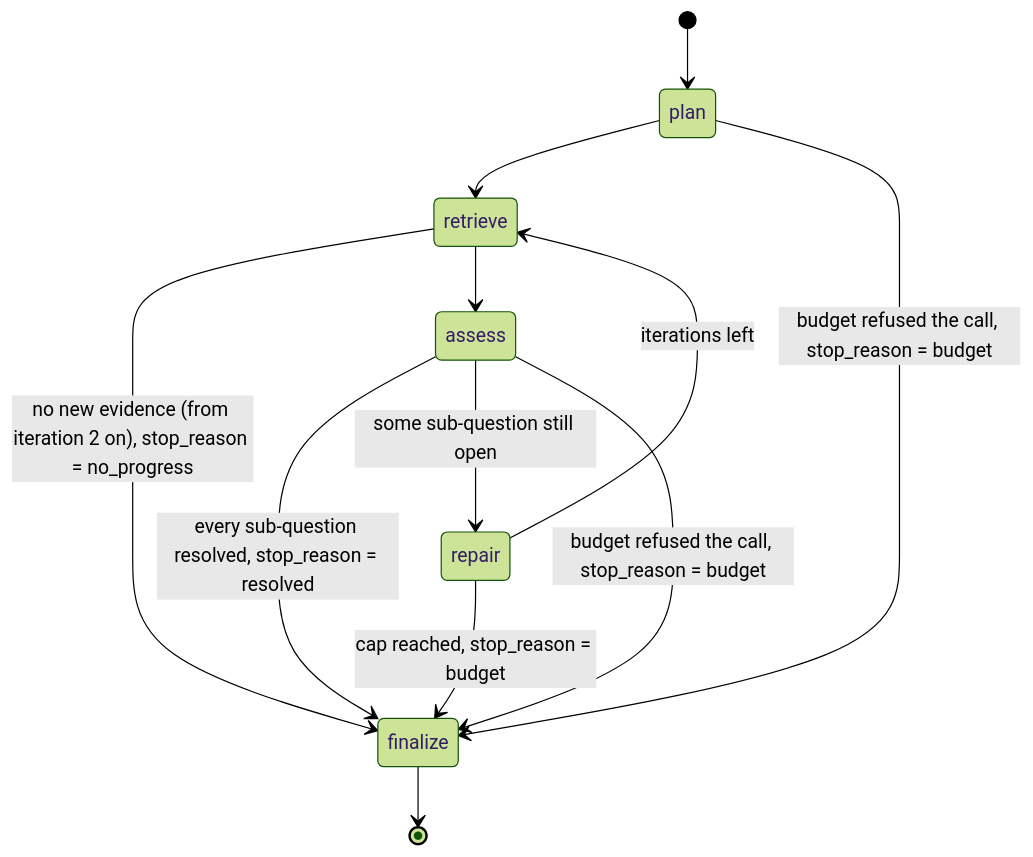
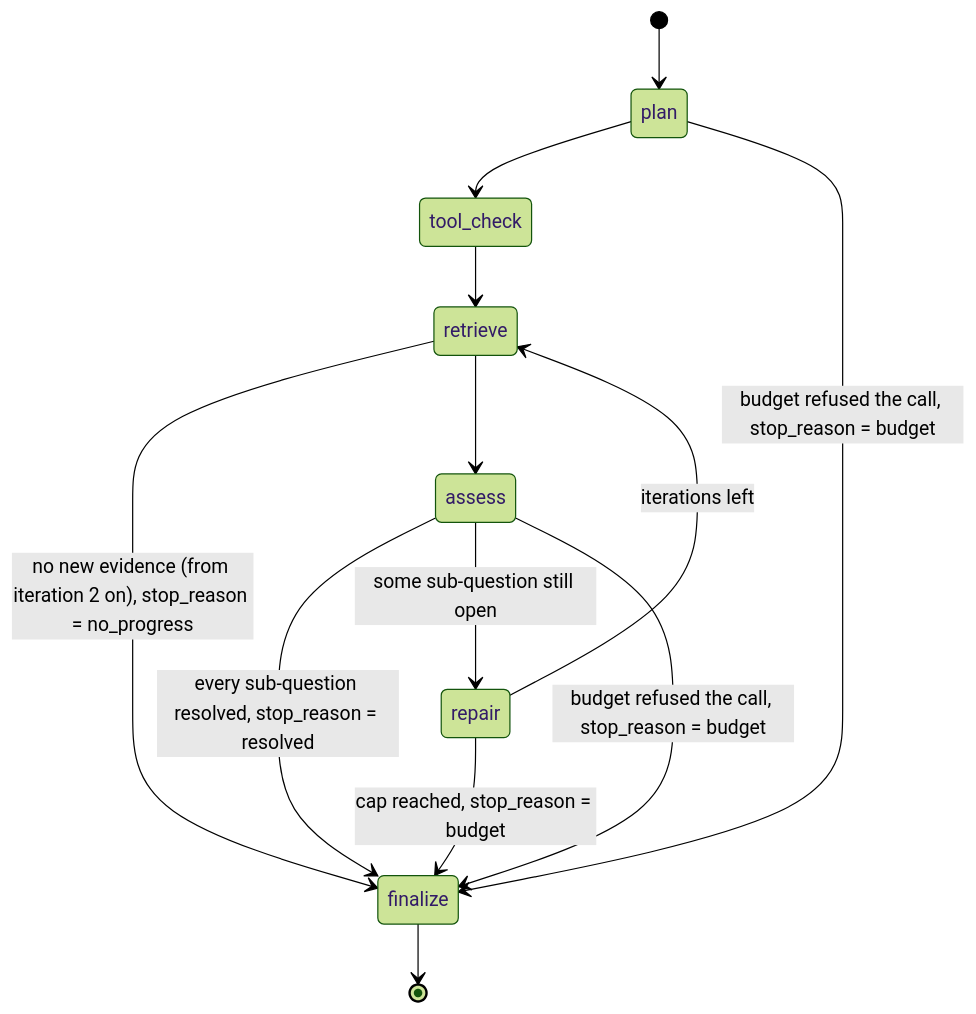
One commit to ranjan-del/ragfabric changed the diagram in docs/agentic-rag.md. Above: the diagram before and after it, drawn with Mermaid (forest theme). The commit also changed other lines of this file and 8 other files, not shown here.

````diff
--- a/docs/agentic-rag.md
+++ b/docs/agentic-rag.md
@@ -59,14 +56,15 @@
 ```mermaid
 stateDiagram-v2
     [*] --> plan
-    plan --> retrieve
+    plan --> tool_check
+    tool_check --> retrieve
     retrieve --> finalize: no new evidence (from iteration 2 on), stop_reason = no_progress
     retrieve --> assess
     assess --> finalize: every sub-question resolved, stop_reason = resolved
     assess --> repair: some sub-question still open
     repair --> retrieve: iterations left
     repair --> finalize: cap reached, stop_reason = budget
     plan --> finalize: budget refused the call, stop_reason = budget
     assess --> finalize: budget refused the call, stop_reason = budget
     finalize --> [*]
 ```
````
